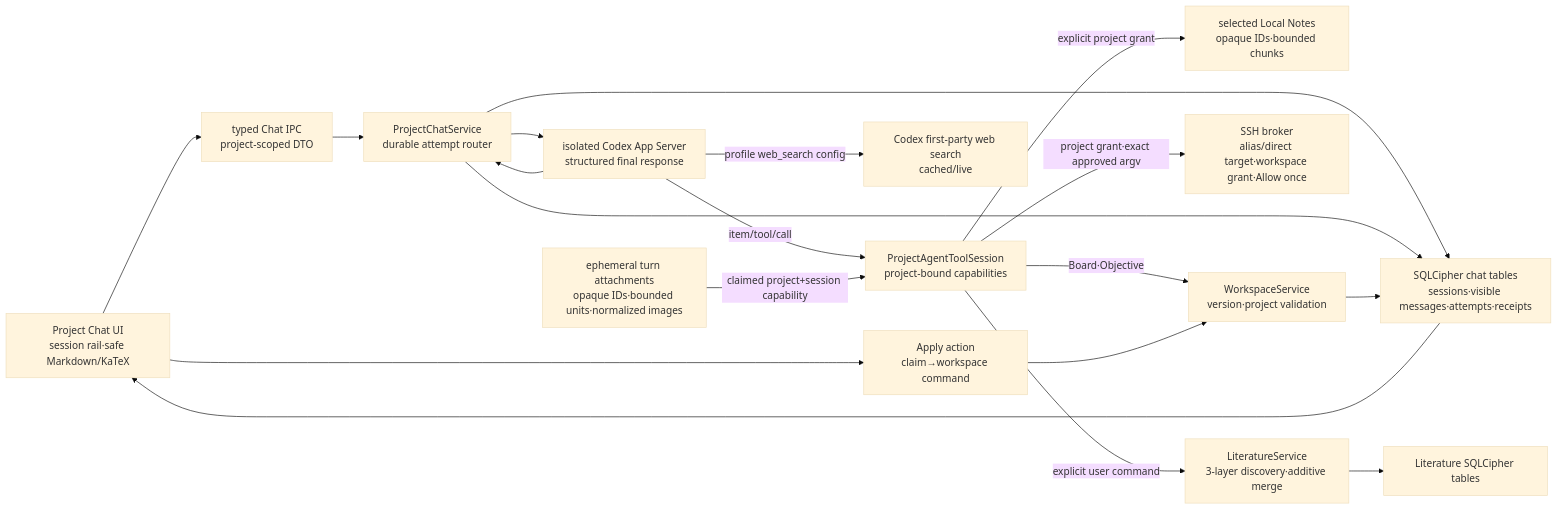
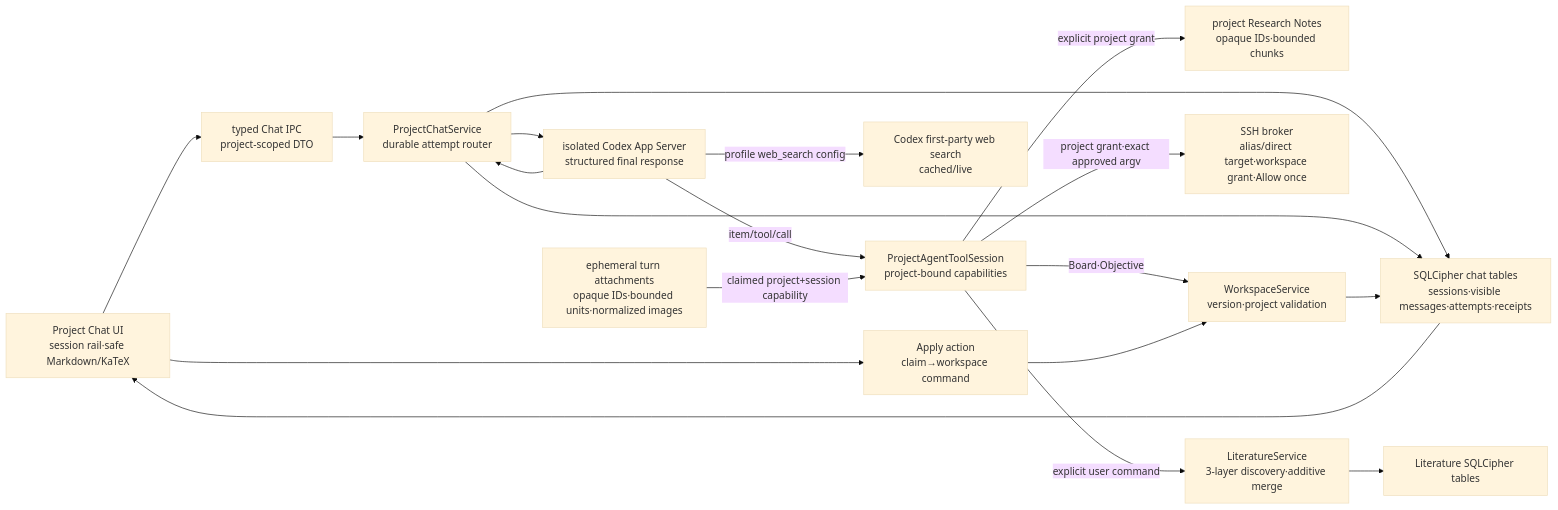
The fifth of 6 diagrams in docs/ARCHITECTURE.md (gli-minsuk-shin/GOSU), drawn with Mermaid (base theme) before and after one commit. The commit also changed other lines of this file and 49 other files, not shown here.

First line of the commit message:
feat(desktop): add project Obsidian research notes (#56)

````diff
--- a/docs/ARCHITECTURE.md
+++ b/docs/ARCHITECTURE.md
@@ -1057,31 +1107,31 @@
 ```mermaid
 flowchart LR
   ChatUI["Project Chat UI\nsession rail·safe Markdown/KaTeX"]
   ChatIPC["typed Chat IPC\nproject-scoped DTO"]
   ChatService["ProjectChatService\ndurable attempt router"]
   ToolGateway["ProjectAgentToolSession\nproject-bound capabilities"]
   Codex["isolated Codex App Server\nstructured final response"]
-  Vault["selected Local Notes\nopaque IDs·bounded chunks"]
+  Vault["project Research Notes\nopaque IDs·bounded chunks"]
   Attachments["ephemeral turn attachments\nopaque IDs·bounded units·normalized images"]
   Literature["LiteratureService\n3-layer discovery·additive merge"]
   LiteratureDB["Literature SQLCipher tables"]
   Web["Codex first-party web search\ncached/live"]
   SSH["SSH broker\nalias/direct target·workspace grant·Allow once"]
   ChatDB["SQLCipher chat tables\nsessions·visible messages·attempts·receipts"]
   Approval["Apply action\nclaim→workspace command"]
   Workspace["WorkspaceService\nversion·project validation"]
 
   ChatUI --> ChatIPC --> ChatService --> ChatDB
   ChatService --> Codex
   Codex -->|"item/tool/call"| ToolGateway
   ToolGateway -->|"Board·Objective"| Workspace
   ToolGateway -->|"explicit project grant"| Vault
   Attachments -->|"claimed project+session capability"| ToolGateway
   ToolGateway -->|"explicit user command"| Literature --> LiteratureDB
   ToolGateway -->|"project grant·exact approved argv"| SSH
   Codex -->|"profile web_search config"| Web
   Codex --> ChatService --> ChatDB
   ChatDB --> ChatUI
   ChatUI --> Approval --> Workspace
   Workspace --> ChatDB
 ```
````
